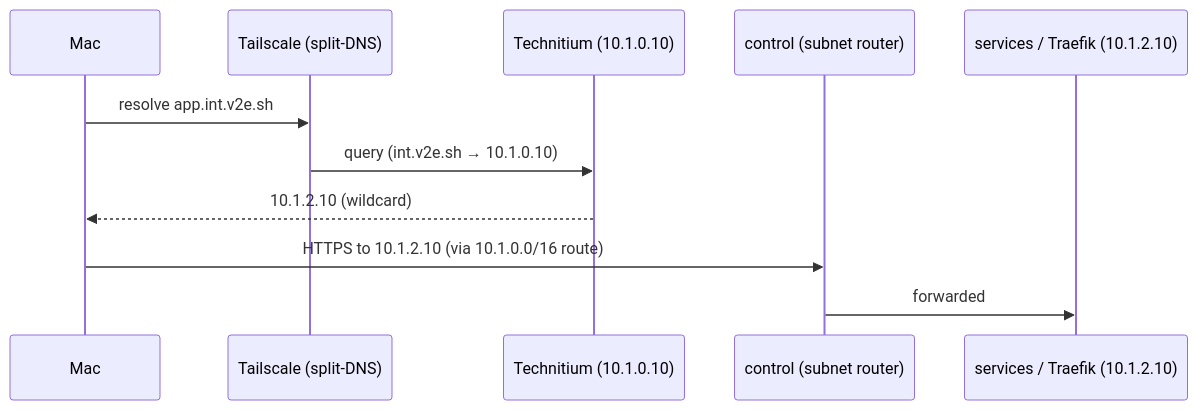
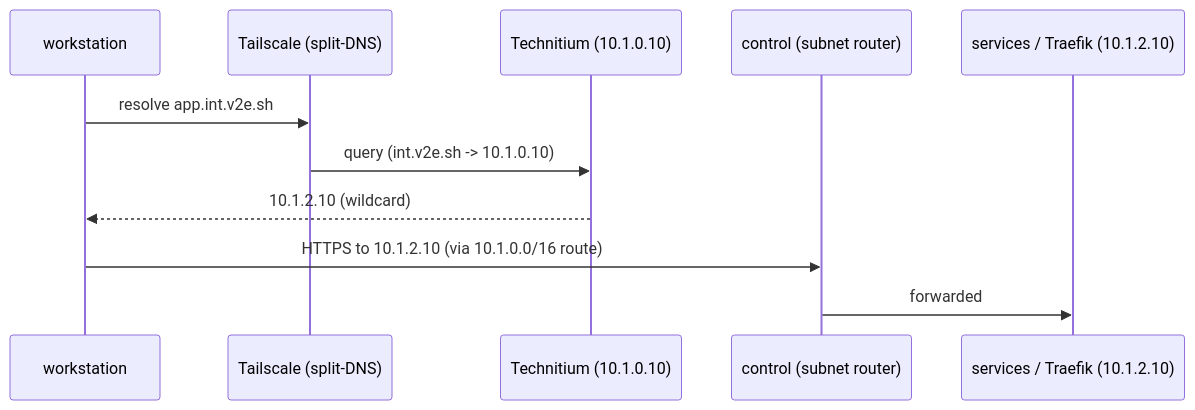
Before and after one commit to v2e-sh/v2e-docs: the third of 3 diagrams in docs/system/tailscale-dns.md, drawn with Mermaid. The commit also changed other lines of this file and 11 other files, not shown here.

````diff
--- a/docs/system/tailscale-dns.md
+++ b/docs/system/tailscale-dns.md
@@ -218,13 +216,13 @@
 ```mermaid
 sequenceDiagram
-    participant Mac
+    participant Mac as workstation
     participant TS as Tailscale (split-DNS)
     participant Tech as Technitium (10.1.0.10)
     participant Ctl as control (subnet router)
     participant Svc as services / Traefik (10.1.2.10)
     Mac->>TS: resolve app.int.v2e.sh
-    TS->>Tech: query (int.v2e.sh → 10.1.0.10)
+    TS->>Tech: query (int.v2e.sh -> 10.1.0.10)
     Tech-->>Mac: 10.1.2.10 (wildcard)
     Mac->>Ctl: HTTPS to 10.1.2.10 (via 10.1.0.0/16 route)
     Ctl->>Svc: forwarded
 ```
````
